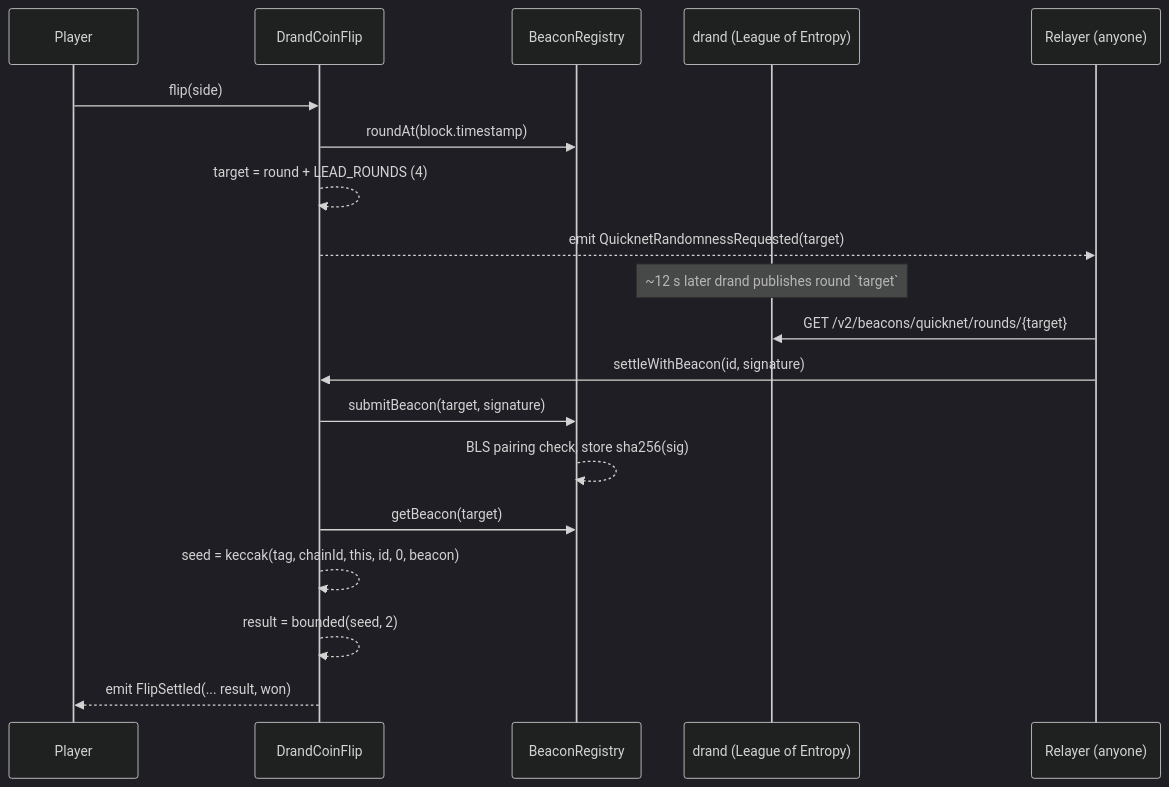
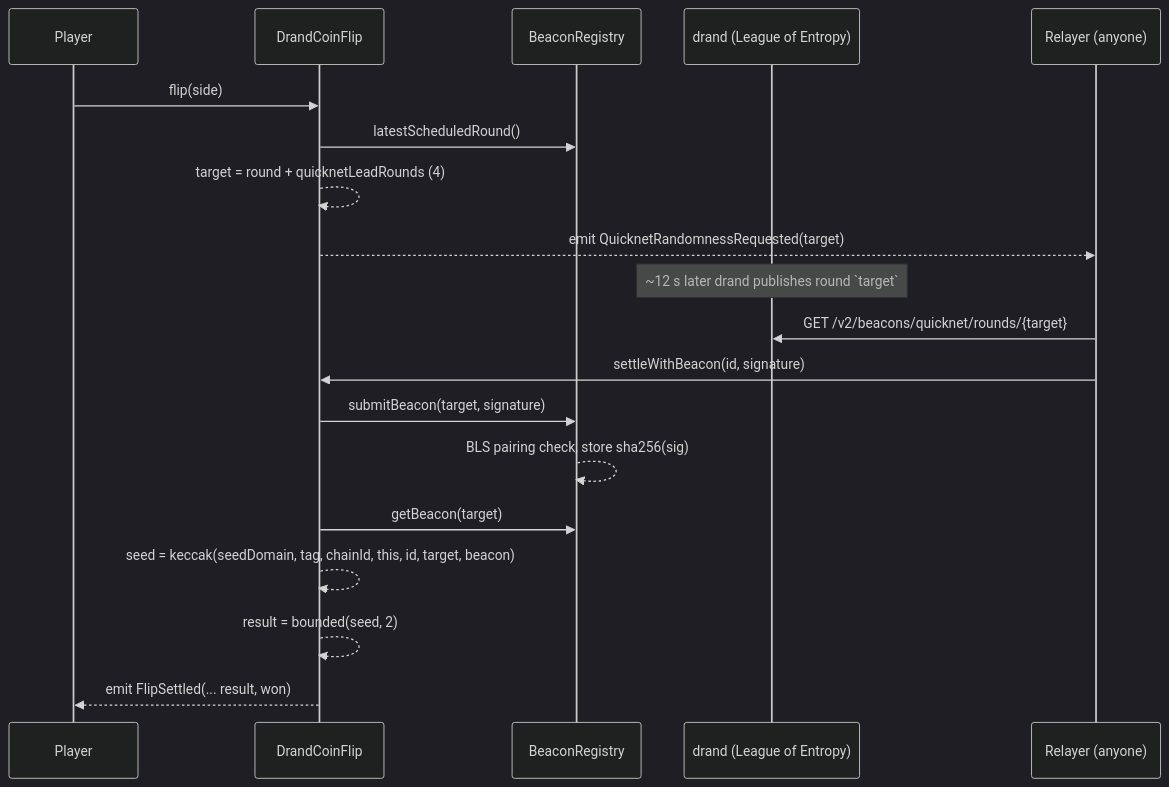
The diagram in README.md (Bas3d-Labs/drand-coinflip), drawn with Mermaid (dark theme) before and after one commit. The commit also changed other lines of this file and 18 other files, not shown here.

````diff
--- a/README.md
+++ b/README.md
@@ -44,22 +58,22 @@
 ```mermaid
 sequenceDiagram
     participant U as Player
     participant C as DrandCoinFlip
     participant R as BeaconRegistry
     participant D as drand (League of Entropy)
     participant X as Relayer (anyone)
 
     U->>C: flip(side)
-    C->>R: roundAt(block.timestamp)
-    C-->>C: target = round + LEAD_ROUNDS (4)
+    C->>R: latestScheduledRound()
+    C-->>C: target = round + quicknetLeadRounds (4)
     C-->>X: emit QuicknetRandomnessRequested(target)
     Note over D: ~12 s later drand publishes round `target`
     X->>D: GET /v2/beacons/quicknet/rounds/{target}
     X->>C: settleWithBeacon(id, signature)
     C->>R: submitBeacon(target, signature)
     R-->>R: BLS pairing check, store sha256(sig)
     C->>R: getBeacon(target)
-    C-->>C: seed = keccak(tag, chainId, this, id, 0, beacon)
+    C-->>C: seed = keccak(seedDomain, tag, chainId, this, id, target, beacon)
     C-->>C: result = bounded(seed, 2)
     C-->>U: emit FlipSettled(... result, won)
 ```
````
